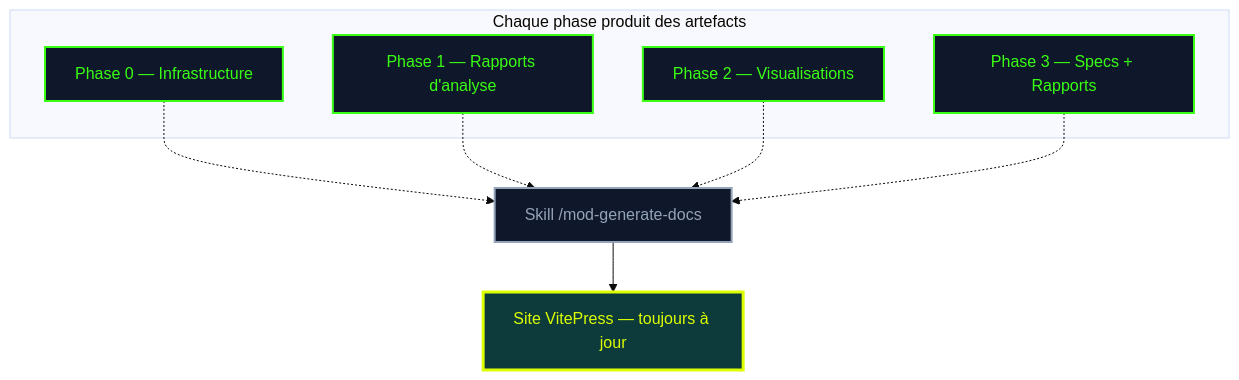
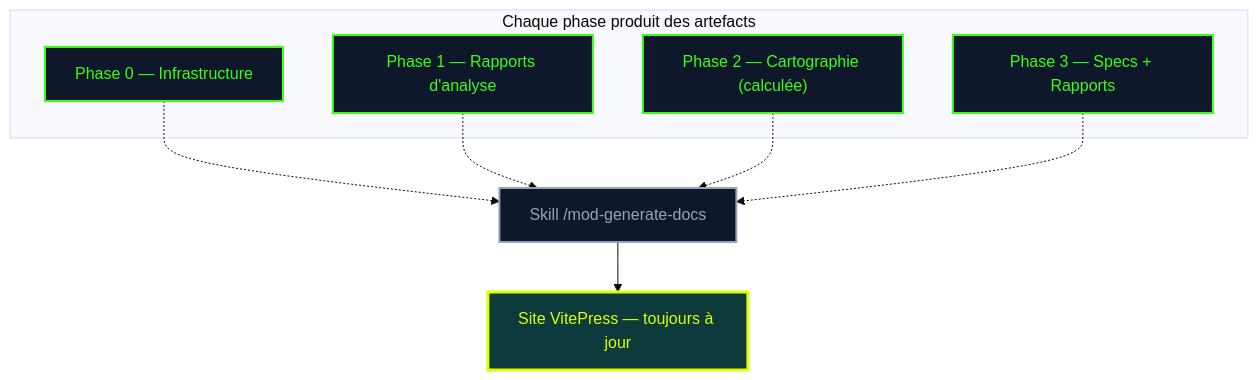
Diagram 14 of 15 in docs/guide/methodology.md (fondative/claude-code-ecosystem), drawn with Mermaid (base theme) before and after one commit. The commit also changed other lines of this file and 395 other files, not shown here.

````diff
--- a/docs/guide/methodology.md
+++ b/docs/guide/methodology.md
@@ -604,26 +768,26 @@
 ```mermaid
 graph TB
     subgraph PHASES["Chaque phase produit des artefacts"]
         P0["Phase 0 — Infrastructure"]
         P1["Phase 1 — Rapports d'analyse"]
-        P2["Phase 2 — Visualisations"]
+        P2["Phase 2 — Cartographie (calculée)"]
         P3["Phase 3 — Specs + Rapports"]
     end
 
     D["Skill /mod-generate-docs"]
     V["Site VitePress — toujours à jour"]
 
     P0 -.-> D
     P1 -.-> D
     P2 -.-> D
     P3 -.-> D
     D --> V
 
     classDef phase fill:#0f172a,stroke:#39ff14,stroke-width:2px,color:#39ff14
     classDef haiku fill:#0f172a,stroke:#94a3b8,stroke-width:2px,color:#94a3b8
     classDef output fill:#0d3b3b,stroke:#ddff00,stroke-width:3px,color:#ddff00
 
     class P0,P1,P2,P3 phase
     class D haiku
     class V output
 ```
````
